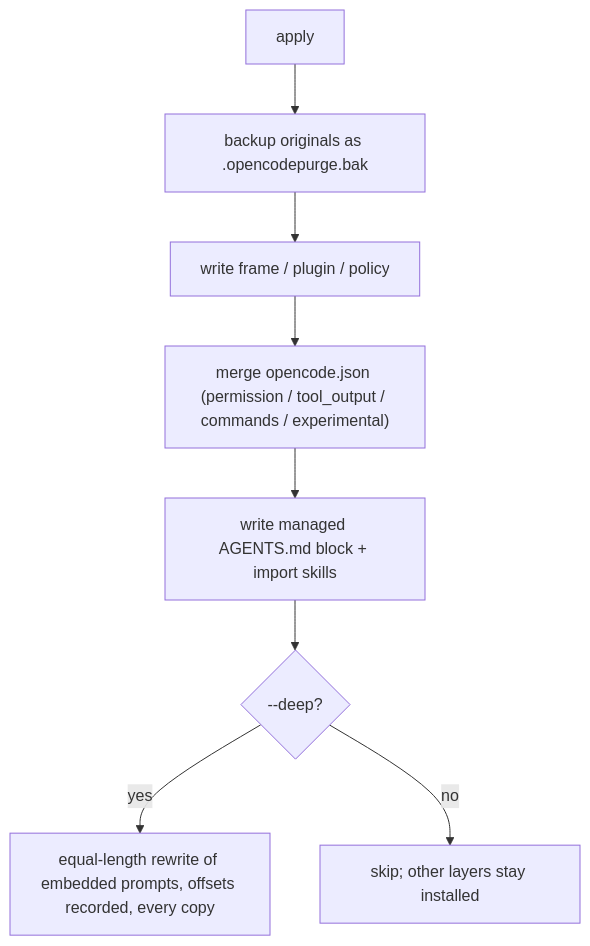
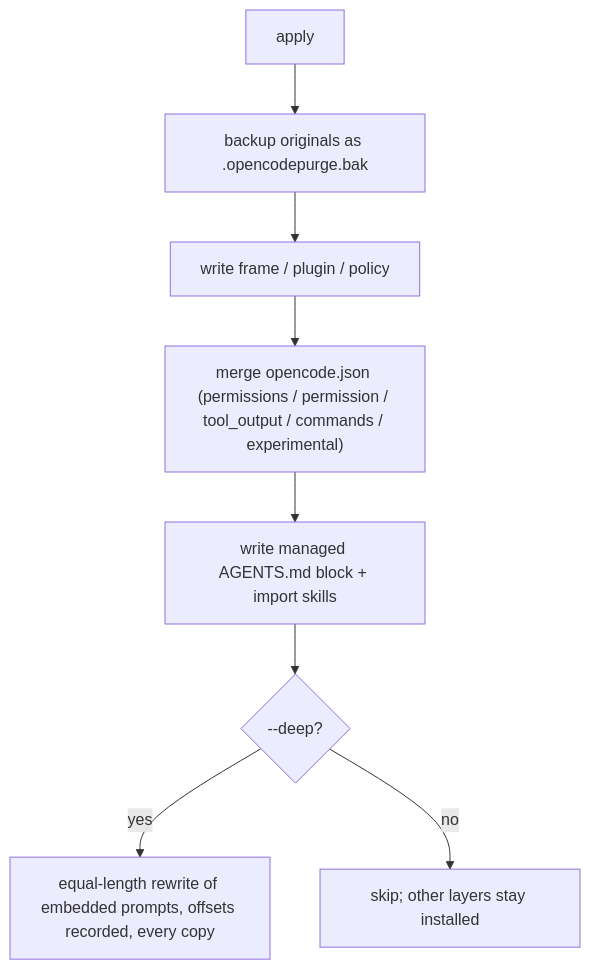
Before and after one commit to oahcom/opencode-purge: the first of 2 diagrams in README.md, drawn with Mermaid. The commit also changed other lines of this file and 7 other files, not shown here.

````diff
--- a/README.md
+++ b/README.md
@@ -145,10 +145,10 @@
 ```mermaid
 flowchart TD
   A["apply"] --> B["backup originals as .opencodepurge.bak"]
   B --> C["write frame / plugin / policy"]
-  C --> D["merge opencode.json (permission / tool_output / commands / experimental)"]
+  C --> D["merge opencode.json (permissions / permission / tool_output / commands / experimental)"]
   D --> E["write managed AGENTS.md block + import skills"]
   E --> F{"--deep?"}
   F -->|yes| G["equal-length rewrite of embedded prompts, offsets recorded, every copy"]
   F -->|no| H["skip; other layers stay installed"]
 ```
````
